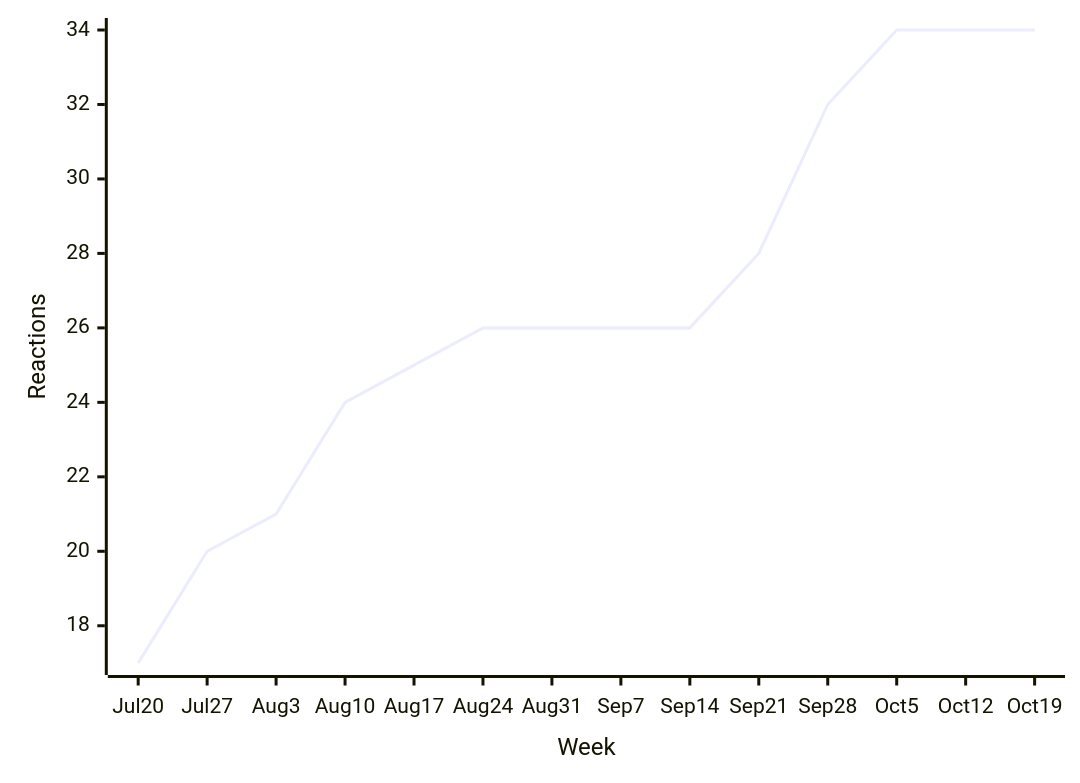
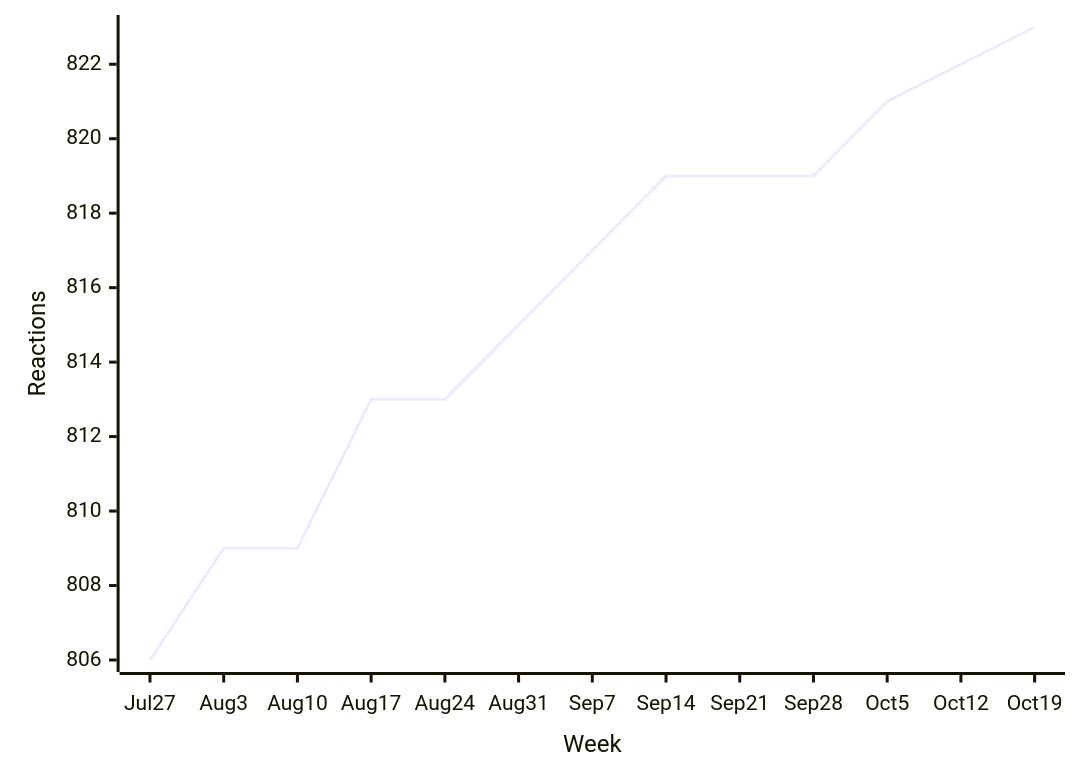
Before and after one commit to loic-sharma/github-insights: the seventh of 39 diagrams in README.md, drawn with Mermaid. The commit also changed other lines of this file and 3 other files, not shown here.

````diff
--- a/README.md
+++ b/README.md
@@ -443,6 +426,6 @@
   ```mermaid
   xychart-beta
-    x-axis "Week" [Jul 20, Jul 27, Aug 3, Aug 10, Aug 17, Aug 24, Aug 31, Sep 7, Sep 14, Sep 21, Sep 28, Oct 5, Oct 12, Oct 19]
+    x-axis "Week" [Jul 27, Aug 3, Aug 10, Aug 17, Aug 24, Aug 31, Sep 7, Sep 14, Sep 21, Sep 28, Oct 5, Oct 12, Oct 19]
     y-axis "Reactions"
-    line [17, 20, 21, 24, 25, 26, 26, 26, 26, 28, 32, 34, 34, 34]
+    line [806, 809, 809, 813, 813, 815, 817, 819, 819, 819, 821, 822, 823]
   ```
````
